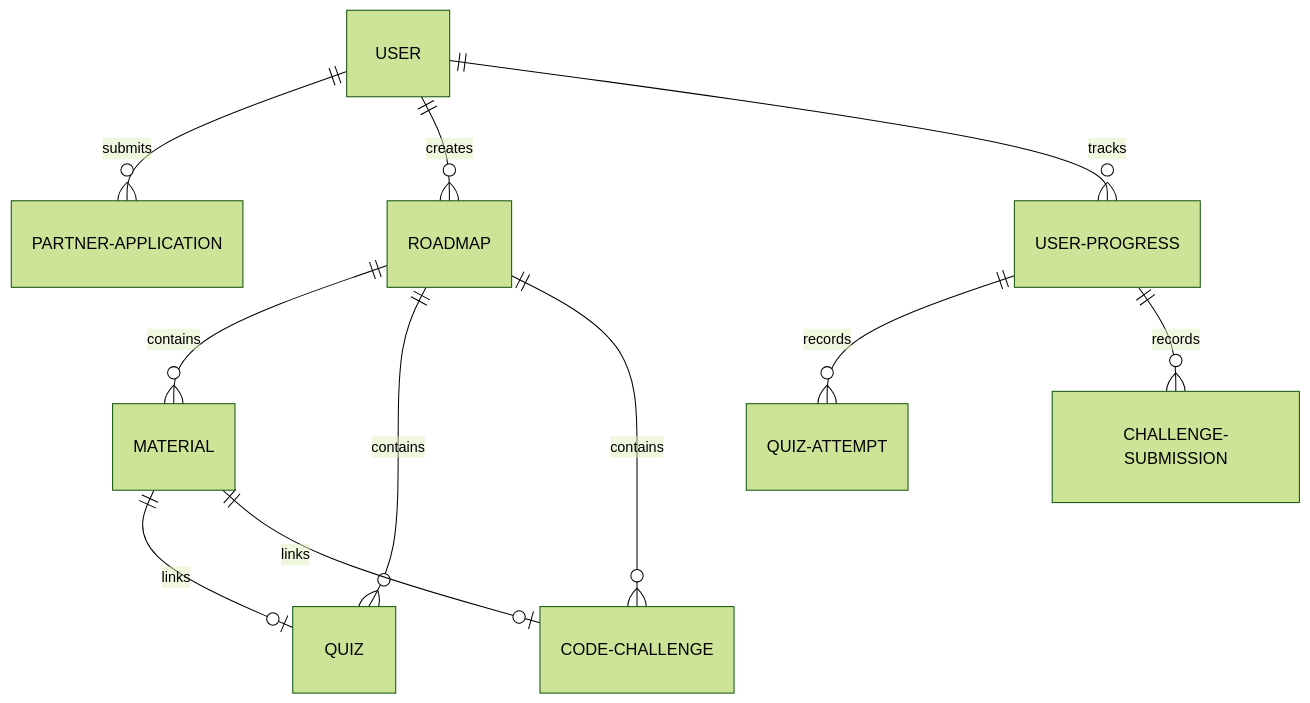
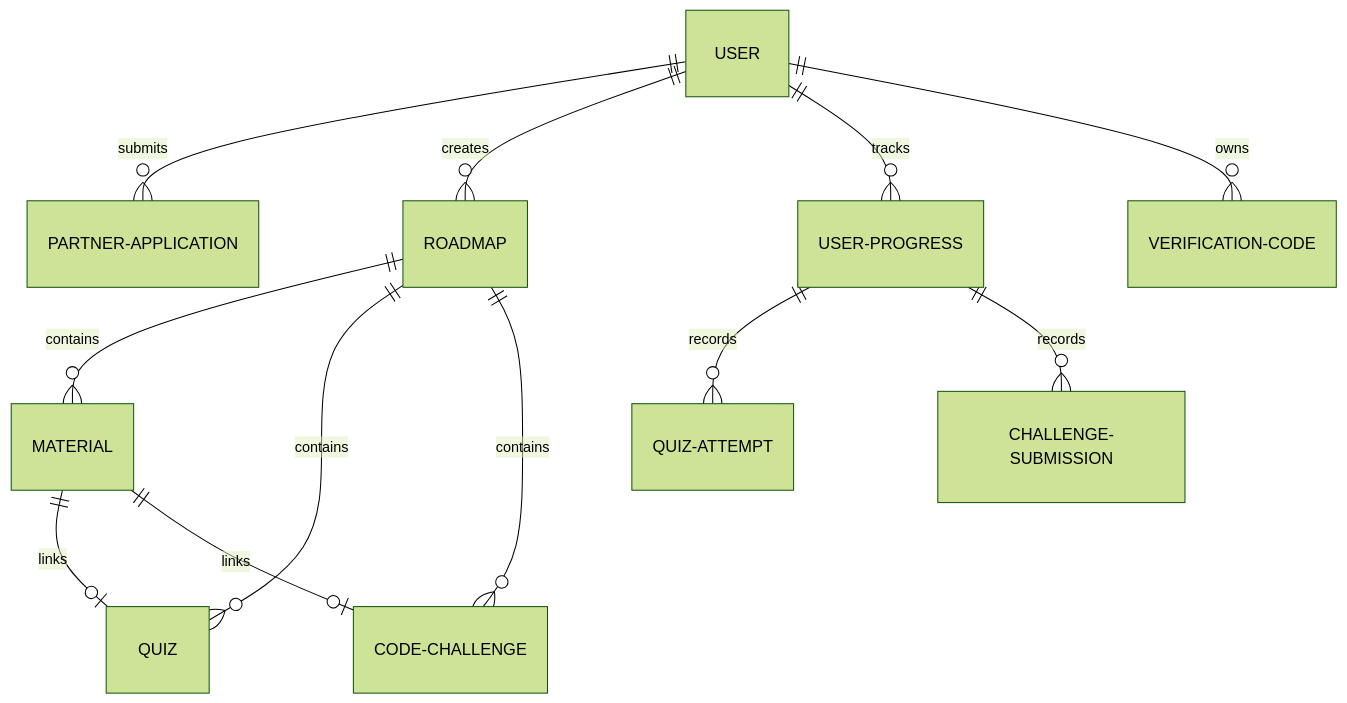
One commit to NurlChl/mulaidarinol changed the diagram in maintenance.md. Above: the diagram before and after it, drawn with Mermaid (forest theme). The commit also changed other lines of this file and 20 other files, not shown here.

````diff
--- a/maintenance.md
+++ b/maintenance.md
@@ -28,13 +24,14 @@
 ```mermaid
 erDiagram
     USER ||--o{ PARTNER-APPLICATION : submits
     USER ||--o{ ROADMAP : creates
     USER ||--o{ USER-PROGRESS : tracks
+    USER ||--o{ VERIFICATION-CODE : owns
     ROADMAP ||--o{ MATERIAL : contains
     ROADMAP ||--o{ QUIZ : contains
     ROADMAP ||--o{ CODE-CHALLENGE : contains
     MATERIAL ||--o| QUIZ : links
     MATERIAL ||--o| CODE-CHALLENGE : links
     USER-PROGRESS ||--o{ QUIZ-ATTEMPT : records
     USER-PROGRESS ||--o{ CHALLENGE-SUBMISSION : records
 ```
````
